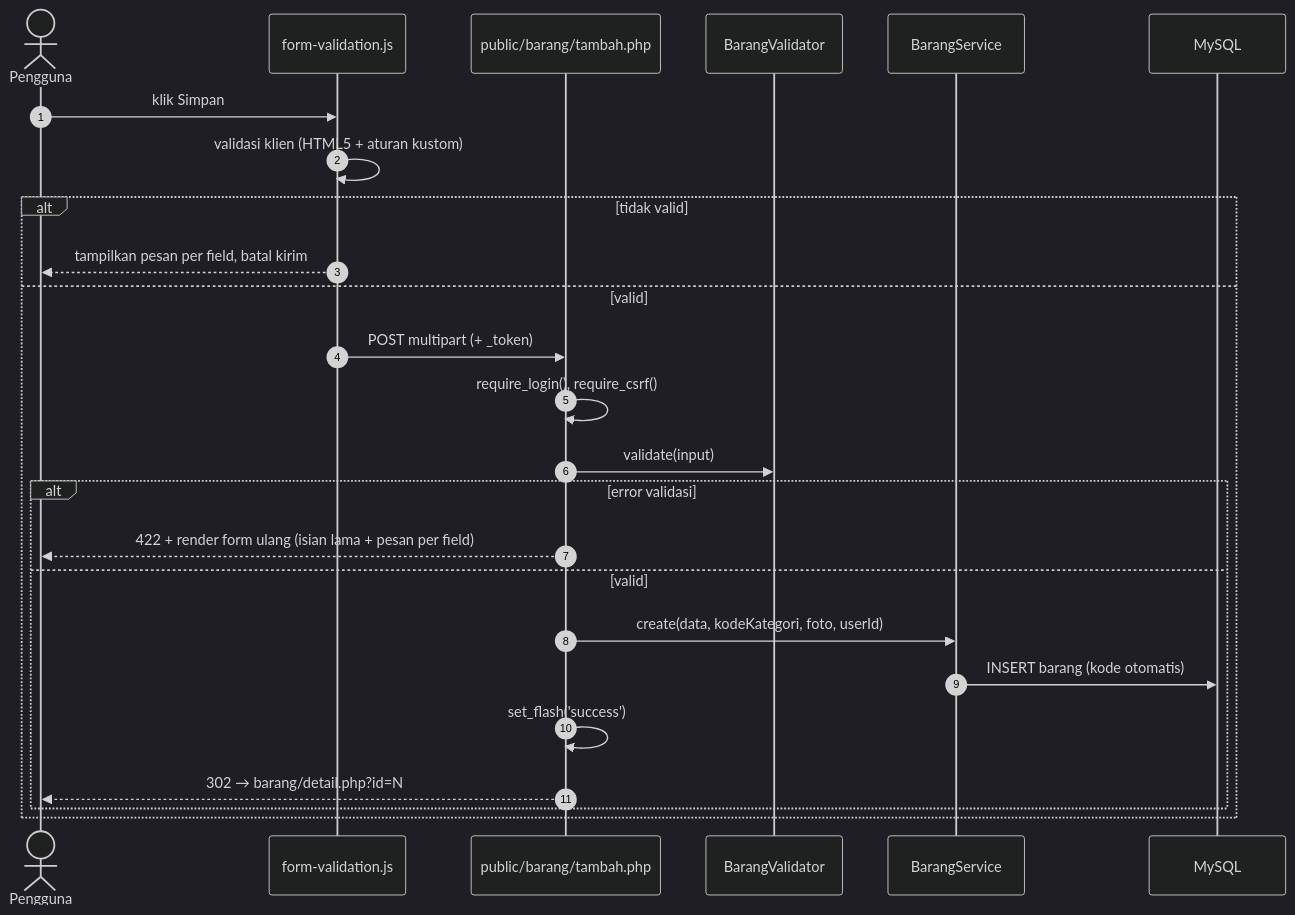
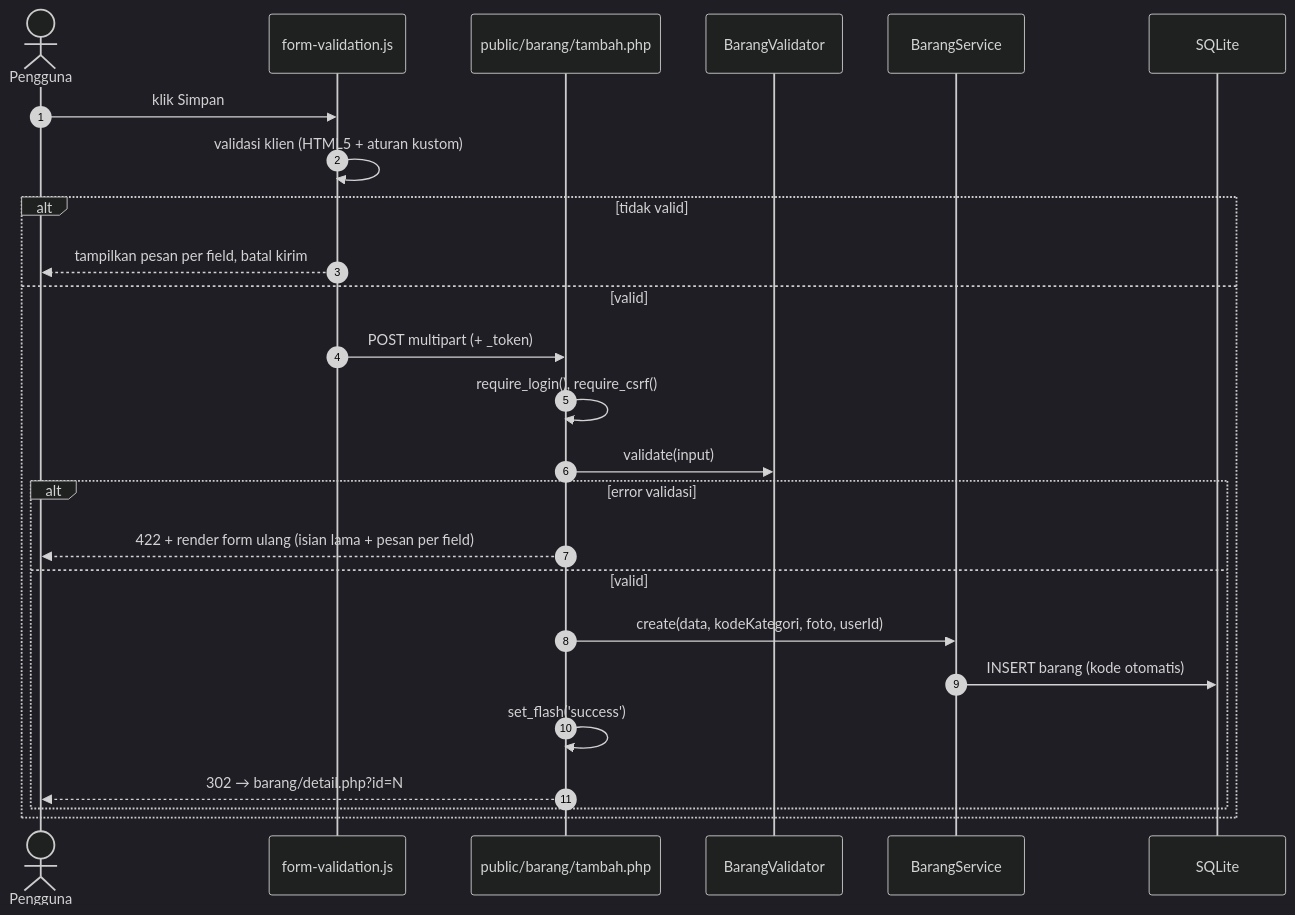
The third of 12 diagrams in docs/03-ARSITEKTUR-DAN-FLOW.md (Pudidil-dev/sistem_inventaris), drawn with Mermaid (dark theme) before and after one commit. The commit also changed other lines of this file and 14 other files, not shown here.

````diff
--- a/docs/03-ARSITEKTUR-DAN-FLOW.md
+++ b/docs/03-ARSITEKTUR-DAN-FLOW.md
@@ -150,28 +150,28 @@
 ```mermaid
 sequenceDiagram
     autonumber
     actor U as Pengguna
     participant JS as form-validation.js
     participant C as public/barang/tambah.php
     participant Val as BarangValidator
     participant S as BarangService
-    participant DB as MySQL
+    participant DB as SQLite
 
     U->>JS: klik Simpan
     JS->>JS: validasi klien (HTML5 + aturan kustom)
     alt tidak valid
         JS-->>U: tampilkan pesan per field, batal kirim
     else valid
         JS->>C: POST multipart (+ _token)
         C->>C: require_login(), require_csrf()
         C->>Val: validate(input)
         alt error validasi
             C-->>U: 422 + render form ulang (isian lama + pesan per field)
         else valid
             C->>S: create(data, kodeKategori, foto, userId)
             S->>DB: INSERT barang (kode otomatis)
             C->>C: set_flash('success')
             C-->>U: 302 → barang/detail.php?id=N
         end
     end
 ```
````
